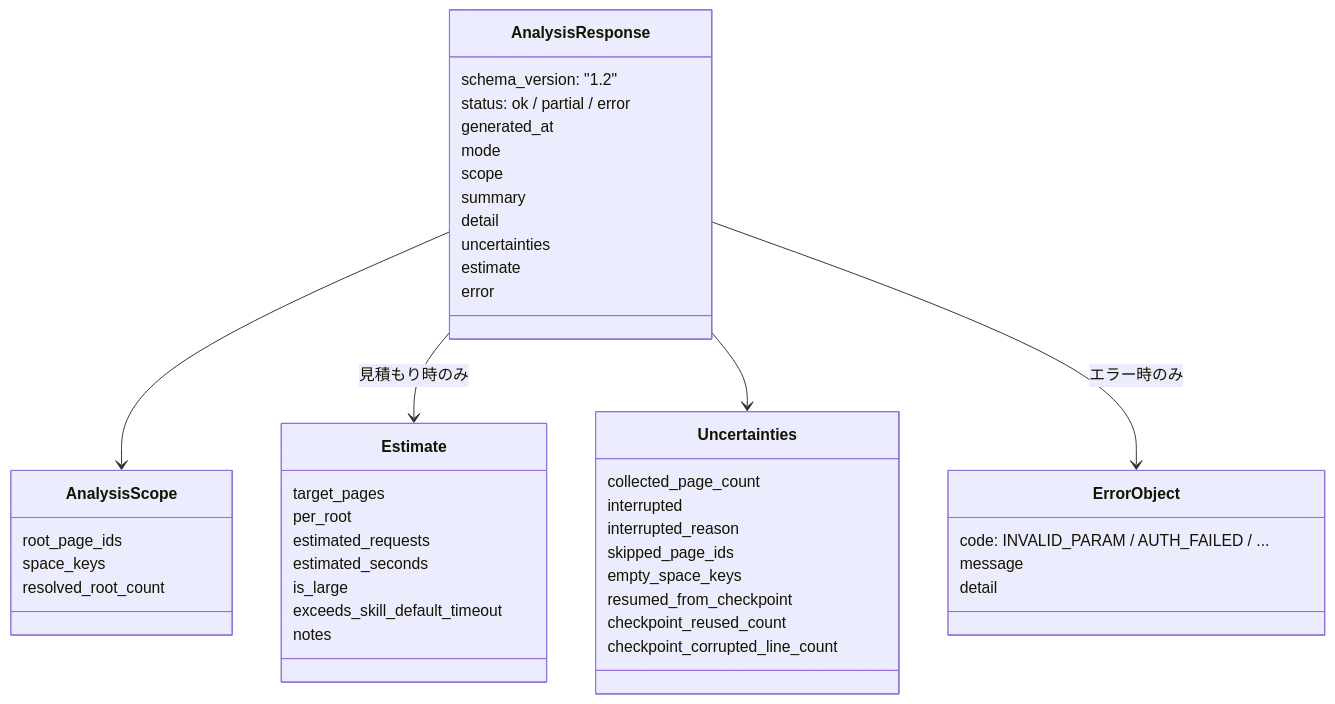
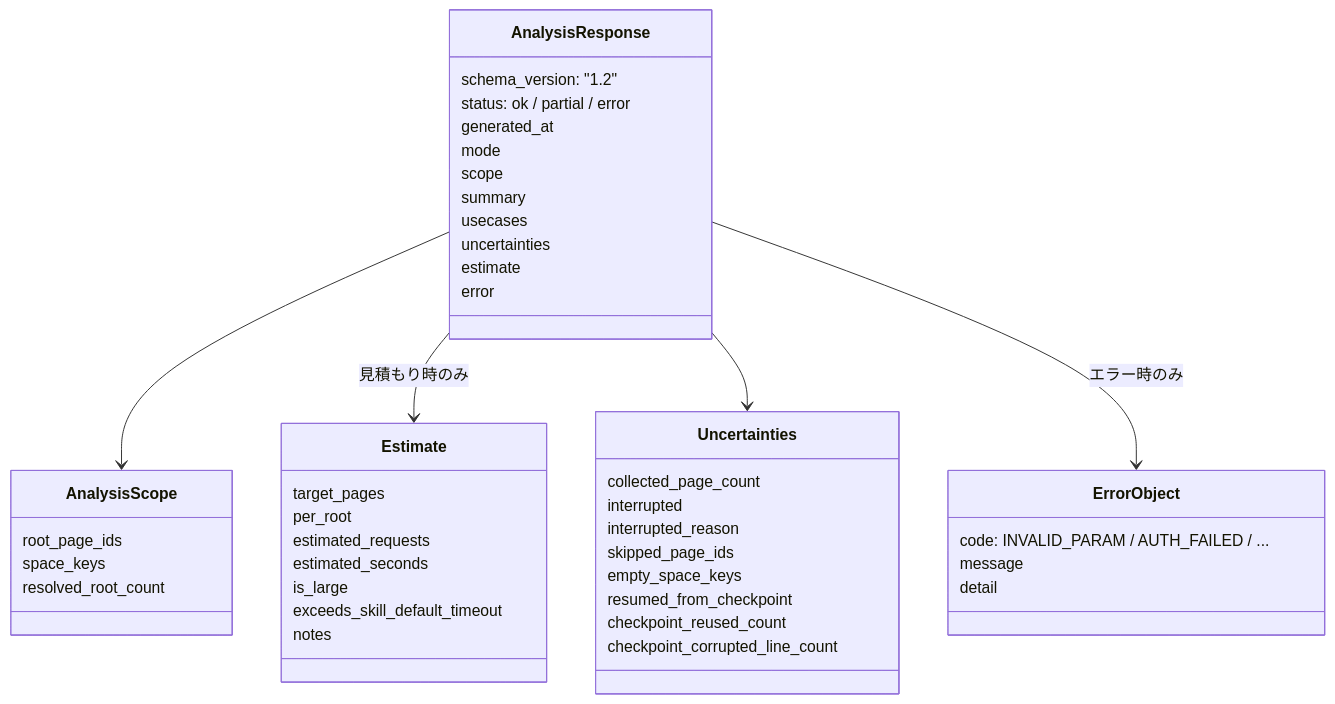
One commit to masanori-satake/C2M-Export changed the ninth of 10 diagrams in docs/skill_mechanism.md. Above: the diagram before and after it, drawn with Mermaid. The commit also changed other lines of this file, not shown here.

First line of the commit message:
CodeRabbit レビュー対応: stale の説明、チェックポイントの前提条件、クラス図の修正

````diff
--- a/docs/skill_mechanism.md
+++ b/docs/skill_mechanism.md
@@ -262,48 +264,48 @@
 ```mermaid
 classDiagram
     class AnalysisResponse {
         schema_version: "1.2"
         status: ok / partial / error
         generated_at
         mode
         scope
         summary
-        detail
+        usecases
         uncertainties
         estimate
         error
     }
     class AnalysisScope {
         root_page_ids
         space_keys
         resolved_root_count
     }
     class Estimate {
         target_pages
         per_root
         estimated_requests
         estimated_seconds
         is_large
         exceeds_skill_default_timeout
         notes
     }
     class Uncertainties {
         collected_page_count
         interrupted
         interrupted_reason
         skipped_page_ids
         empty_space_keys
         resumed_from_checkpoint
         checkpoint_reused_count
         checkpoint_corrupted_line_count
     }
     class ErrorObject {
         code: INVALID_PARAM / AUTH_FAILED / ...
         message
         detail
     }
     AnalysisResponse --> AnalysisScope
     AnalysisResponse --> Estimate : 見積もり時のみ
     AnalysisResponse --> Uncertainties
     AnalysisResponse --> ErrorObject : エラー時のみ
 ```
````
